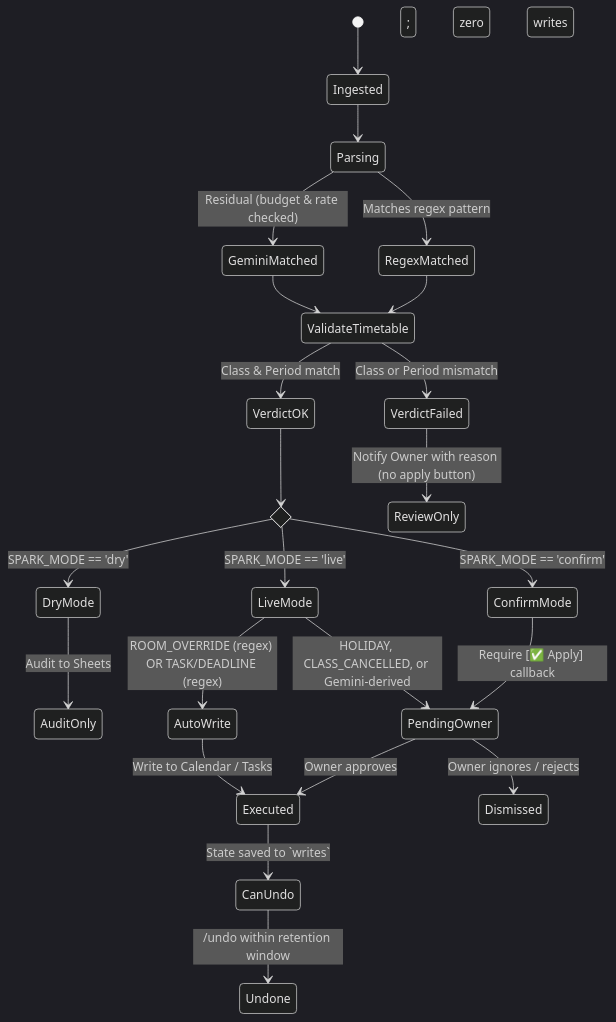
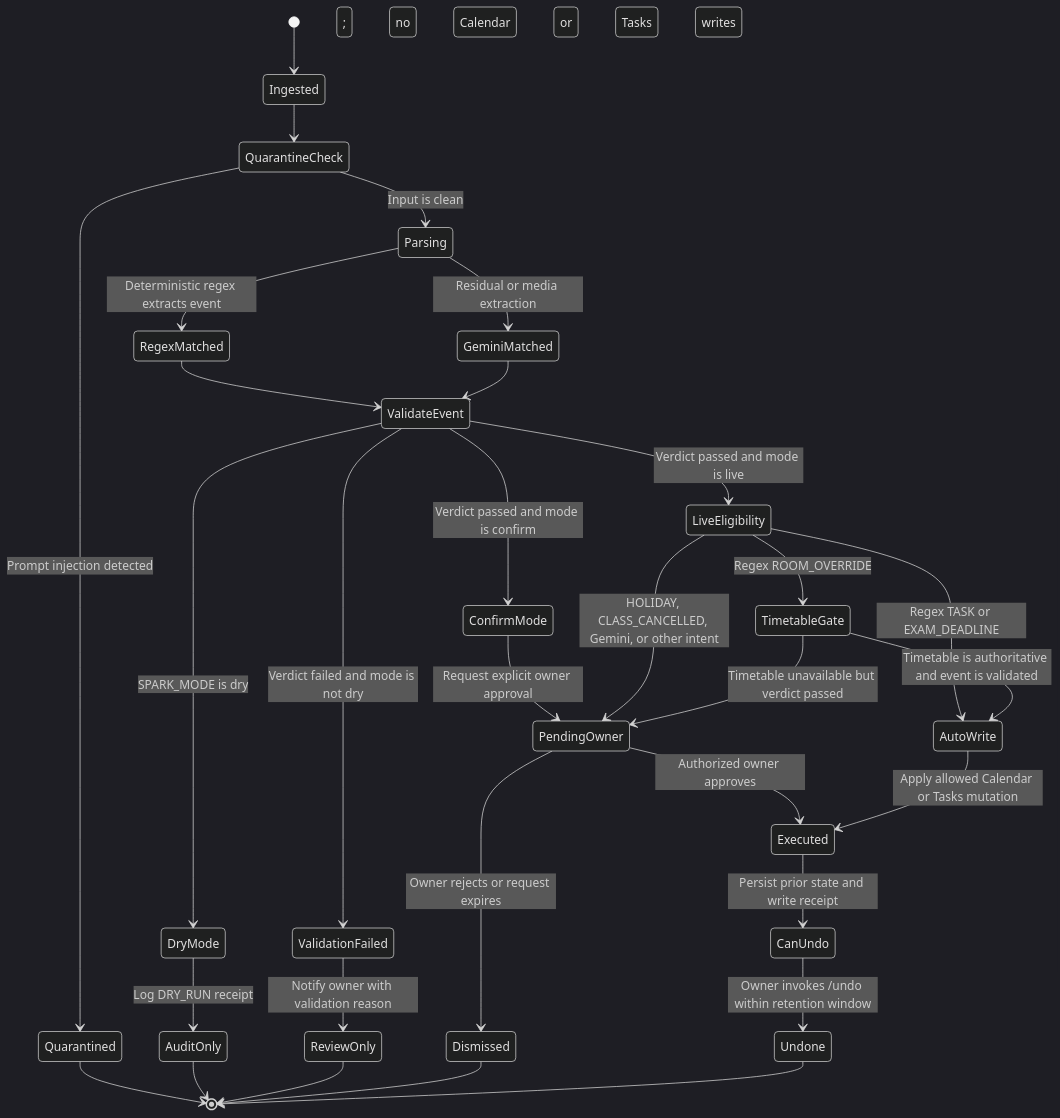
One commit to tejaswin-amara/chatlens changed the third of 3 diagrams in README.md. Above: the diagram before and after it, drawn with Mermaid (dark theme). The commit also changed other lines of this file, not shown here.

Commit message:
docs: correct SPARK_MODE state machine

````diff
--- a/README.md
+++ b/README.md
@@ -113,36 +118,41 @@
 ```mermaid
 stateDiagram-v2
     [*] --> Ingested
+    Ingested --> QuarantineCheck
 
-    Ingested --> Parsing
-    Parsing --> RegexMatched: Matches regex pattern
-    Parsing --> GeminiMatched: Residual (budget & rate checked)
+    QuarantineCheck --> Quarantined: Prompt injection detected
+    QuarantineCheck --> Parsing: Input is clean
 
-    RegexMatched --> ValidateTimetable
-    GeminiMatched --> ValidateTimetable
+    Parsing --> RegexMatched: Deterministic regex extracts event
+    Parsing --> GeminiMatched: Residual or media extraction
+    RegexMatched --> ValidateEvent
+    GeminiMatched --> ValidateEvent
 
-    ValidateTimetable --> VerdictOK: Class & Period match
-    ValidateTimetable --> VerdictFailed: Class or Period mismatch
+    ValidateEvent --> DryMode: SPARK_MODE is dry
+    ValidateEvent --> ValidationFailed: Verdict failed and mode is not dry
+    ValidateEvent --> ConfirmMode: Verdict passed and mode is confirm
+    ValidateEvent --> LiveEligibility: Verdict passed and mode is live
 
-    state ModeFork <<choice>>
-    VerdictOK --> ModeFork
+    DryMode --> AuditOnly: Log DRY_RUN receipt; no Calendar or Tasks writes
+    ValidationFailed --> ReviewOnly: Notify owner with validation reason
+    ConfirmMode --> PendingOwner: Request explicit owner approval
 
-    ModeFork --> DryMode: SPARK_MODE == 'dry'
-    ModeFork --> ConfirmMode: SPARK_MODE == 'confirm'
-    ModeFork --> LiveMode: SPARK_MODE == 'live'
+    LiveEligibility --> PendingOwner: HOLIDAY, CLASS_CANCELLED, Gemini, or other intent
+    LiveEligibility --> TimetableGate: Regex ROOM_OVERRIDE
+    LiveEligibility --> AutoWrite: Regex TASK or EXAM_DEADLINE
 
-    DryMode --> AuditOnly: Audit to Sheets; zero writes
-    ConfirmMode --> PendingOwner: Require [✅ Apply] callback
+    TimetableGate --> AutoWrite: Timetable is authoritative and event is validated
+    TimetableGate --> PendingOwner: Timetable unavailable but verdict passed
 
-    LiveMode --> AutoWrite: ROOM_OVERRIDE (regex) OR TASK/DEADLINE (regex)
-    LiveMode --> PendingOwner: HOLIDAY, CLASS_CANCELLED, or Gemini-derived
+    PendingOwner --> Executed: Authorized owner approves
+    PendingOwner --> Dismissed: Owner rejects or request expires
+    AutoWrite --> Executed: Apply allowed Calendar or Tasks mutation
+    Executed --> CanUndo: Persist prior state and write receipt
+    CanUndo --> Undone: Owner invokes /undo within retention window
 
-    VerdictFailed --> ReviewOnly: Notify Owner with reason (no apply button)
-
-    PendingOwner --> Executed: Owner approves
-    PendingOwner --> Dismissed: Owner ignores / rejects
-
-    AutoWrite --> Executed: Write to Calendar / Tasks
-    Executed --> CanUndo: State saved to `writes`
-    CanUndo --> Undone: /undo within retention window
+    Quarantined --> [*]
+    AuditOnly --> [*]
+    ReviewOnly --> [*]
+    Dismissed --> [*]
+    Undone --> [*]
 ```
````
